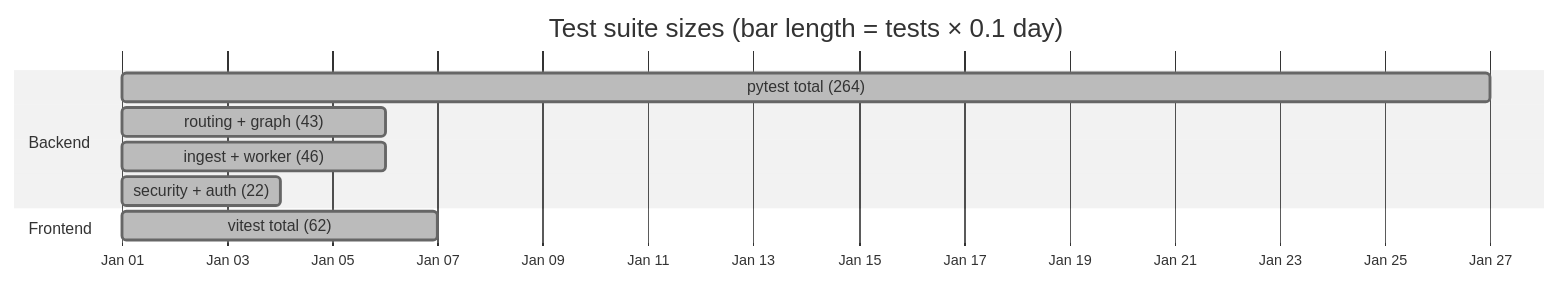
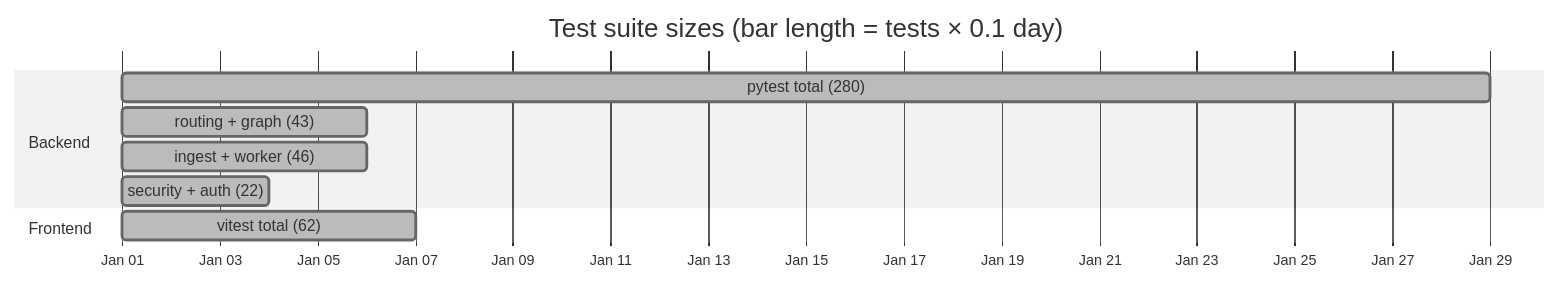
Before and after one commit to sheikhayaan/AUTOPR: the sixth of 8 diagrams in README.md, drawn with Mermaid (neutral theme). The commit also changed other lines of this file and 4 other files, not shown here.

````diff
--- a/README.md
+++ b/README.md
@@ -819,13 +820,13 @@
 ```mermaid
 gantt
     title Test suite sizes (bar length = tests × 0.1 day)
     dateFormat YYYY-MM-DD
     axisFormat %b %d
     section Backend
-    pytest total (264)          :done, a1, 2026-01-01, 26d
+    pytest total (280)          :done, a1, 2026-01-01, 28d
     routing + graph (43)        :done, a2, 2026-01-01, 5d
     ingest + worker (46)        :done, a3, 2026-01-01, 5d
     security + auth (22)        :done, a4, 2026-01-01, 3d
     section Frontend
     vitest total (62)           :done, b1, 2026-01-01, 6d
 ```
````
